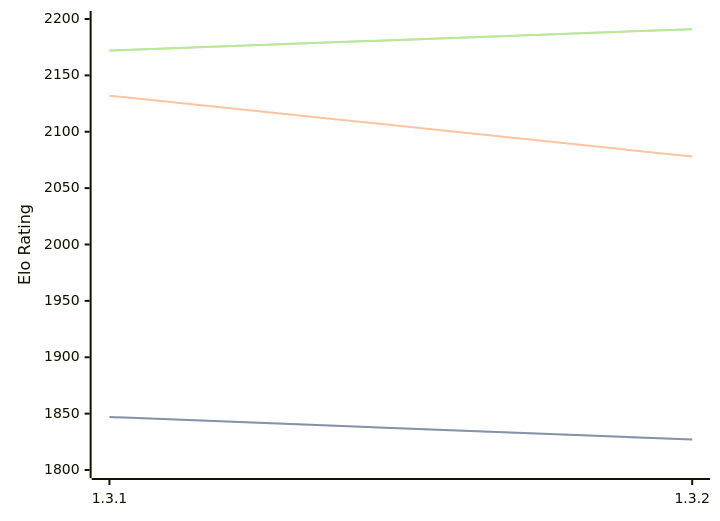
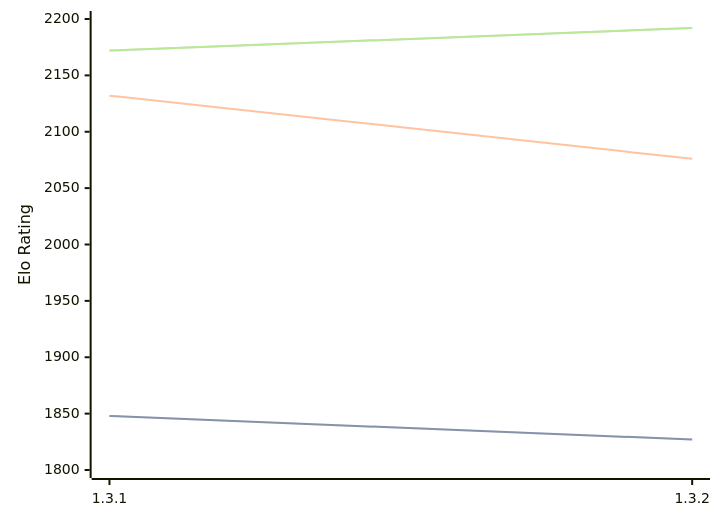
Before and after one commit to computer-chess-index/cci: the diagram in engines/Zugblitz.md, drawn with Mermaid. The commit also changed other lines of this file, not shown here.

Commit message:
Update CCI Ratings (ELO VLTC) - 2026-07-23

````diff
--- a/engines/Zugblitz.md
+++ b/engines/Zugblitz.md
@@ -32,11 +32,11 @@
 ```mermaid
 %%{init: {"theme":"base","themeVariables":{"seriesColors:['#a3a3a3','#222221','#faa371']}}}%%
 xychart-beta
   x-axis ["1.3.1", "1.3.2"]
   y-axis "Elo Rating" 1800 --> 2200
-  line "STC (8.0+0.08s)" [1847, 1827]
-  line "STC (8.0+0.08s)" [1847, 1827]
-  line "LTC (60.0+0.60s)" [2132, 2078]
-  line "VLTC (2m24s+1.12s)" [2172, 2191]
-  line "VLTC (2m24s+1.12s)" [2172, 2191]
+  line "STC (8.0+0.08s)" [1848, 1827]
+  line "STC (8.0+0.08s)" [1848, 1827]
+  line "LTC (60.0+0.60s)" [2132, 2076]
+  line "VLTC (2m24s+1.12s)" [2172, 2192]
+  line "VLTC (2m24s+1.12s)" [2172, 2192]
 ```
````
